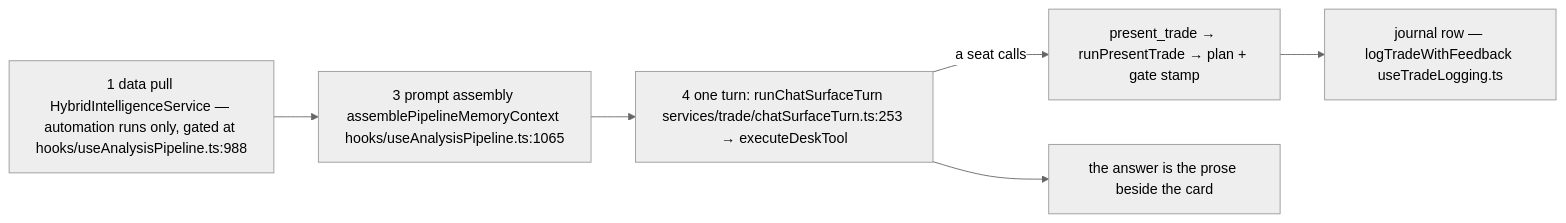
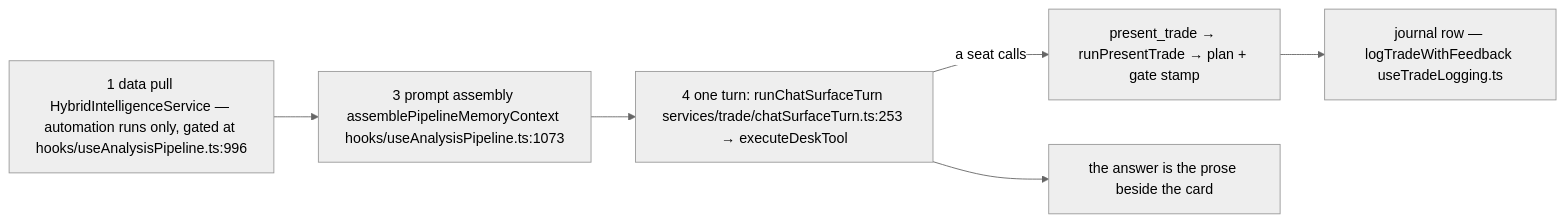
One commit to Acepay25/august-3.5 changed the third of 8 diagrams in docs/app-flow.md. Above: the diagram before and after it, drawn with Mermaid (neutral theme). The commit also changed other lines of this file and 16 other files, not shown here.

````diff
--- a/docs/app-flow.md
+++ b/docs/app-flow.md
@@ -218,8 +250,8 @@
 ```mermaid
 flowchart LR
-    S1["1 data pull HybridIntelligenceService — automation runs only, gated at hooks/useAnalysisPipeline.ts:988"] --> S3["3 prompt assembly assemblePipelineMemoryContext hooks/useAnalysisPipeline.ts:1065"]
+    S1["1 data pull HybridIntelligenceService — automation runs only, gated at hooks/useAnalysisPipeline.ts:996"] --> S3["3 prompt assembly assemblePipelineMemoryContext hooks/useAnalysisPipeline.ts:1073"]
     S3 --> S4["4 one turn: runChatSurfaceTurn services/trade/chatSurfaceTurn.ts:253 → executeDeskTool"]
     S4 -->|a seat calls| PT["present_trade → runPresentTrade → plan + gate stamp"]
     PT --> JR["journal row — logTradeWithFeedback useTradeLogging.ts"]
     S4 --> ANS["the answer is the prose beside the card"]
 ```
````
